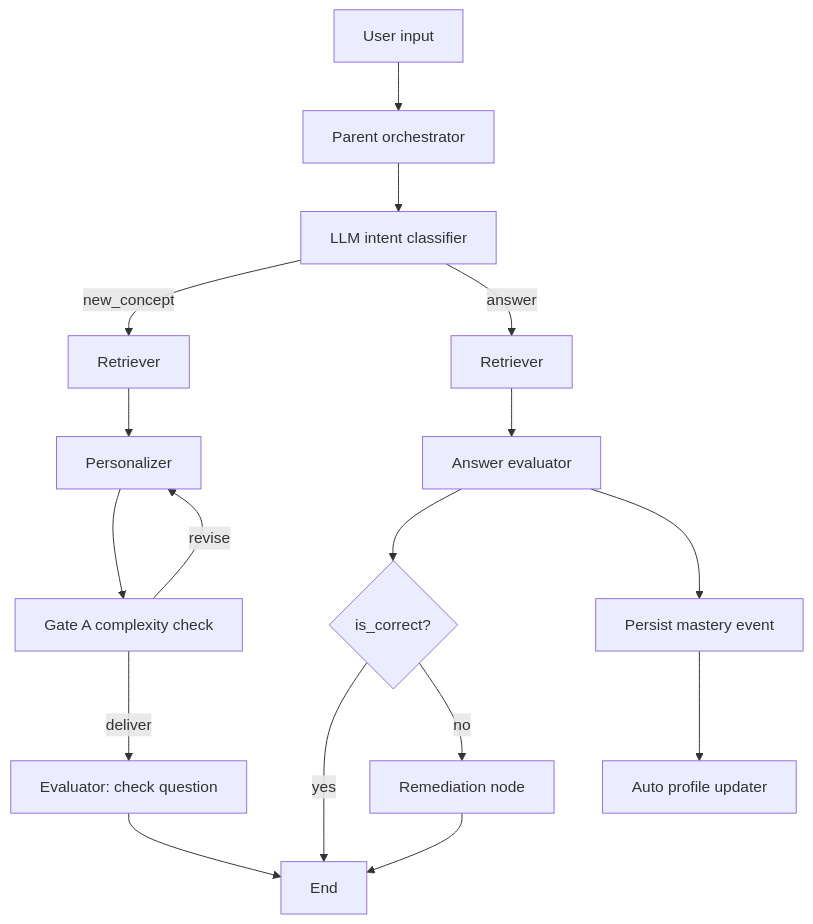
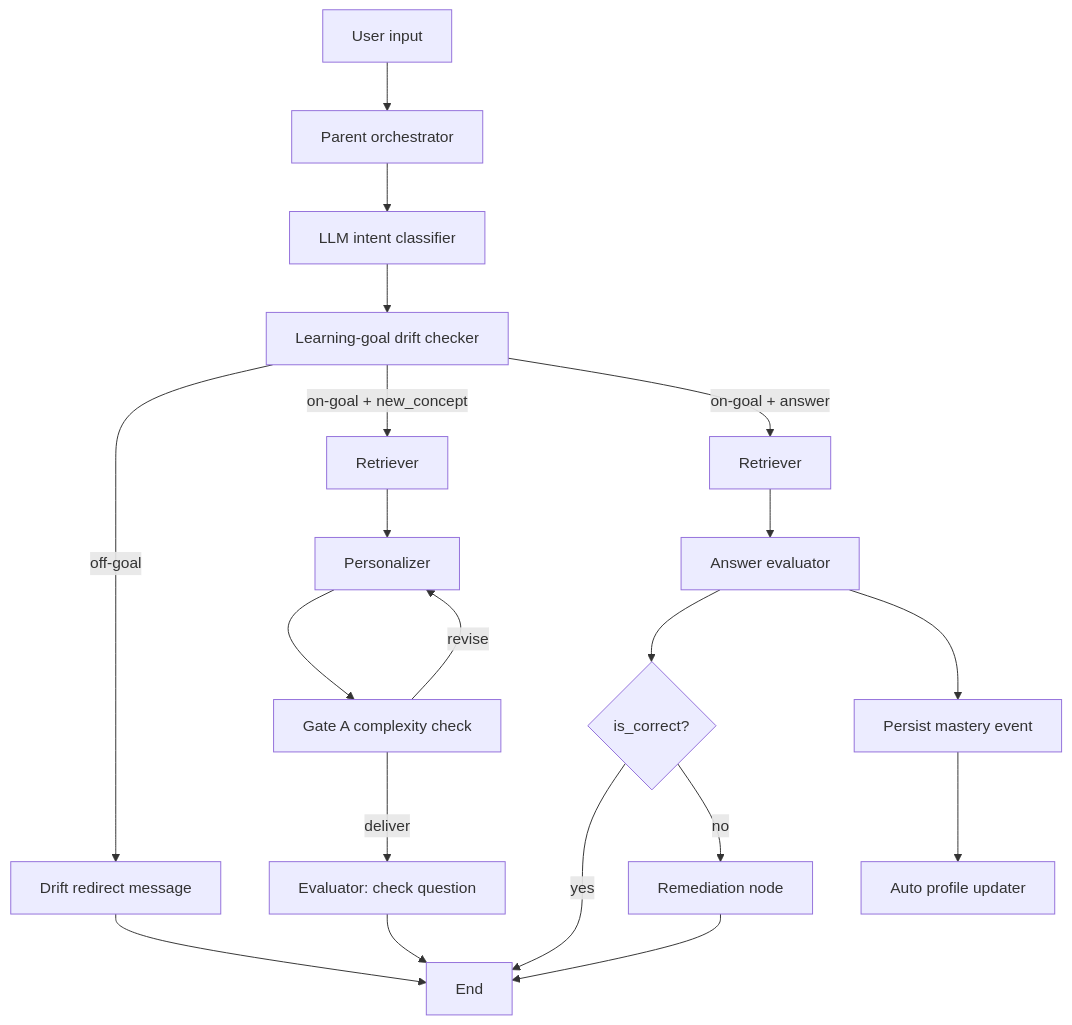
One commit to arxhr007/neurolearn changed the diagram in FROM_SCRATCH_SUMMARY.md. Above: the diagram before and after it, drawn with Mermaid. The commit also changed other lines of this file and 13 other files, not shown here.

Commit message:
Add learning goal management features; implement drift detection and redirection logic

````diff
--- a/FROM_SCRATCH_SUMMARY.md
+++ b/FROM_SCRATCH_SUMMARY.md
@@ -153,22 +175,25 @@
 ```mermaid
 flowchart TD
   A[User input] --> B[Parent orchestrator]
   B --> C[LLM intent classifier]
+  C --> C2[Learning-goal drift checker]
+  C2 -->|off-goal| Z[Drift redirect message]
+  Z --> H[End]
 
-  C -->|new_concept| D[Retriever]
+  C2 -->|on-goal + new_concept| D[Retriever]
   D --> E[Personalizer]
   E --> F[Gate A complexity check]
   F -->|revise| E
   F -->|deliver| G[Evaluator: check question]
   G --> H[End]
 
-  C -->|answer| I[Retriever]
+  C2 -->|on-goal + answer| I[Retriever]
   I --> J[Answer evaluator]
   J --> K{is_correct?}
   K -->|yes| H
   K -->|no| L[Remediation node]
   L --> H
 
   J --> M[Persist mastery event]
   M --> N[Auto profile updater]
 ```
````
